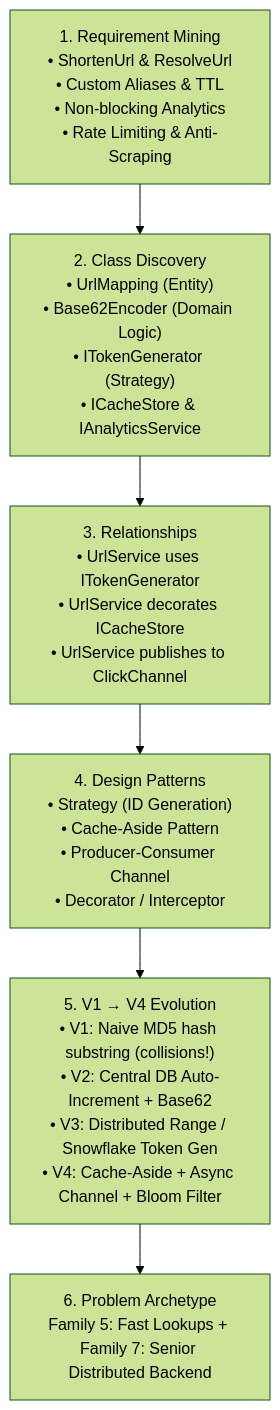
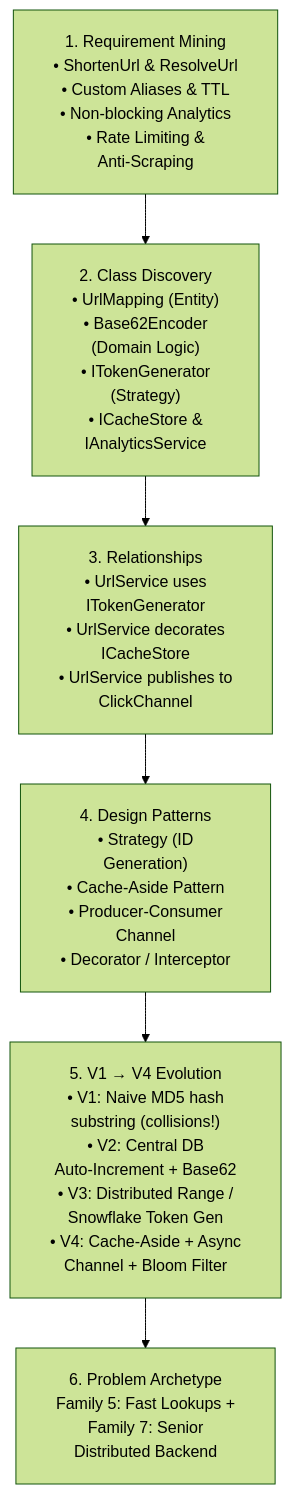
Before and after one commit to dip4k/DSA_102: the first of 3 diagrams in LLD/04_Tier4_Senior_Backend/37_URL_Shortener.md, drawn with Mermaid (forest theme). The commit also changed other lines of this file and 108 other files, not shown here.

First line of the commit message:
fix(mermaid): resolve diagram clipping, padding, and syntax issues across repo

````diff
--- a/LLD/04_Tier4_Senior_Backend/37_URL_Shortener.md
+++ b/LLD/04_Tier4_Senior_Backend/37_URL_Shortener.md
@@ -17,8 +17,9 @@
 ```mermaid
+%%{init: {"flowchart": {"htmlLabels": true, "padding": 20}}}%%
 flowchart TD
-    A["1. Requirement Mining<br/>• ShortenUrl & ResolveUrl<br/>• Custom Aliases & TTL<br/>• Non-blocking Analytics<br/>• Rate Limiting & Anti-Scraping"] --> B["2. Class Discovery<br/>• UrlMapping (Entity)<br/>• Base62Encoder (Domain Logic)<br/>• ITokenGenerator (Strategy)<br/>• ICacheStore & IAnalyticsService"]
-    B --> C["3. Relationships<br/>• UrlService uses ITokenGenerator<br/>• UrlService decorates ICacheStore<br/>• UrlService publishes to ClickChannel"]
-    C --> D["4. Design Patterns<br/>• Strategy (ID Generation)<br/>• Cache-Aside Pattern<br/>• Producer-Consumer Channel<br/>• Decorator / Interceptor"]
-    D --> E["5. V1 → V4 Evolution<br/>• V1: Naive MD5 hash substring (collisions!)<br/>• V2: Central DB Auto-Increment + Base62<br/>• V3: Distributed Range / Snowflake Token Gen<br/>• V4: Cache-Aside + Async Channel + Bloom Filter"]
-    E --> F["6. Problem Archetype<br/>Family 5: Fast Lookups + Family 7: Senior Distributed Backend"]
+    A["1. Requirement Mining<br/>• ShortenUrl & ResolveUrl<br/>• Custom Aliases & TTL<br/>• Non-blocking Analytics<br/>• Rate Limiting &<br/>Anti-Scraping"] --> B["2. Class Discovery<br/>• UrlMapping (Entity)<br/>• Base62Encoder<br/>(Domain Logic)<br/>• ITokenGenerator<br/>(Strategy)<br/>• ICacheStore &<br/>IAnalyticsService"]
+    B --> C["3. Relationships<br/>• UrlService uses<br/>ITokenGenerator<br/>• UrlService decorates<br/>ICacheStore<br/>• UrlService publishes to<br/>ClickChannel"]
+    C --> D["4. Design Patterns<br/>• Strategy (ID<br/>Generation)<br/>• Cache-Aside Pattern<br/>• Producer-Consumer<br/>Channel<br/>• Decorator / Interceptor"]
+    D --> E["5. V1 → V4 Evolution<br/>• V1: Naive MD5 hash<br/>substring (collisions!)<br/>• V2: Central DB<br/>Auto-Increment + Base62<br/>• V3: Distributed Range /<br/>Snowflake Token Gen<br/>• V4: Cache-Aside + Async<br/>Channel + Bloom Filter"]
+    E --> F["6. Problem Archetype<br/>Family 5: Fast Lookups +<br/>Family 7: Senior<br/>Distributed Backend"]
 ```
````
